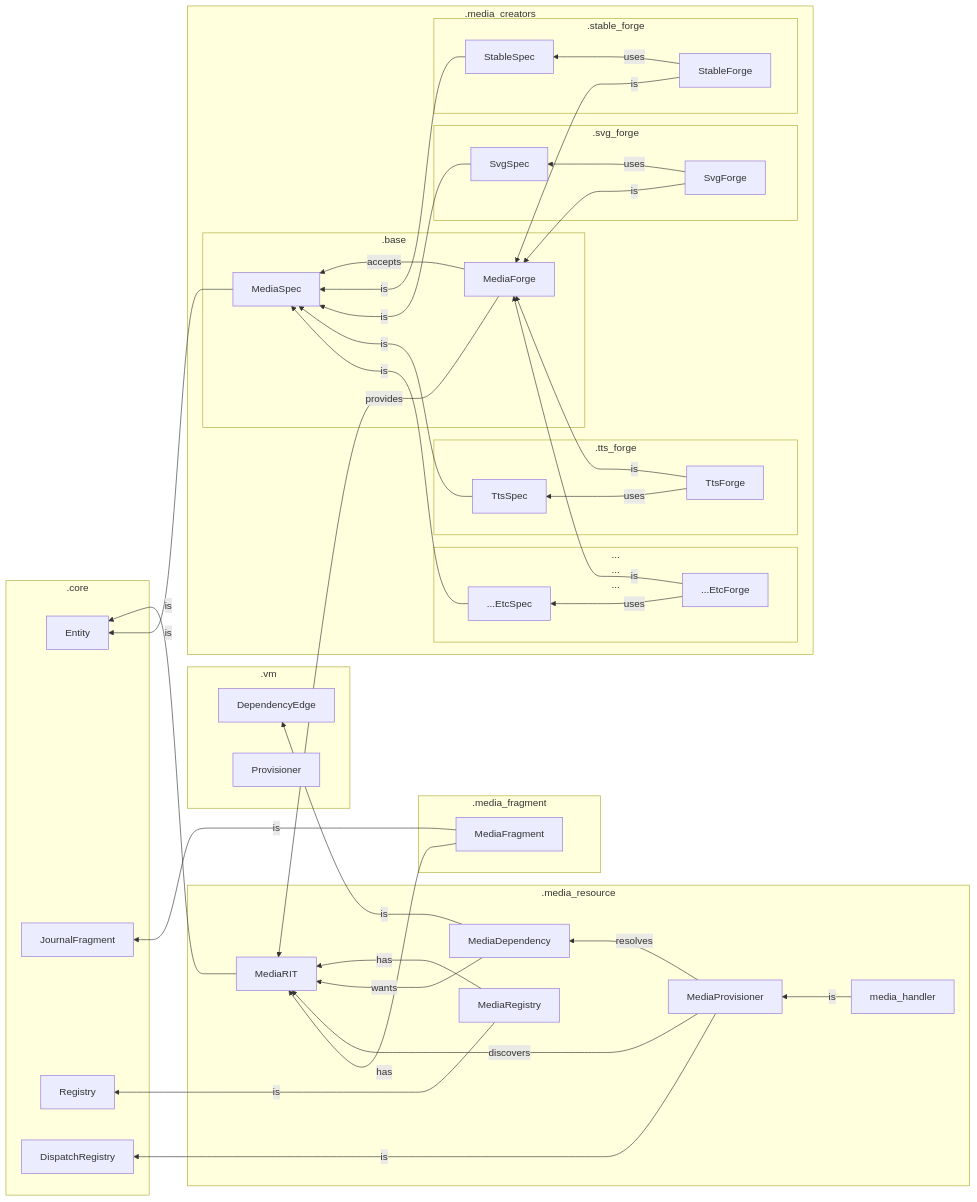
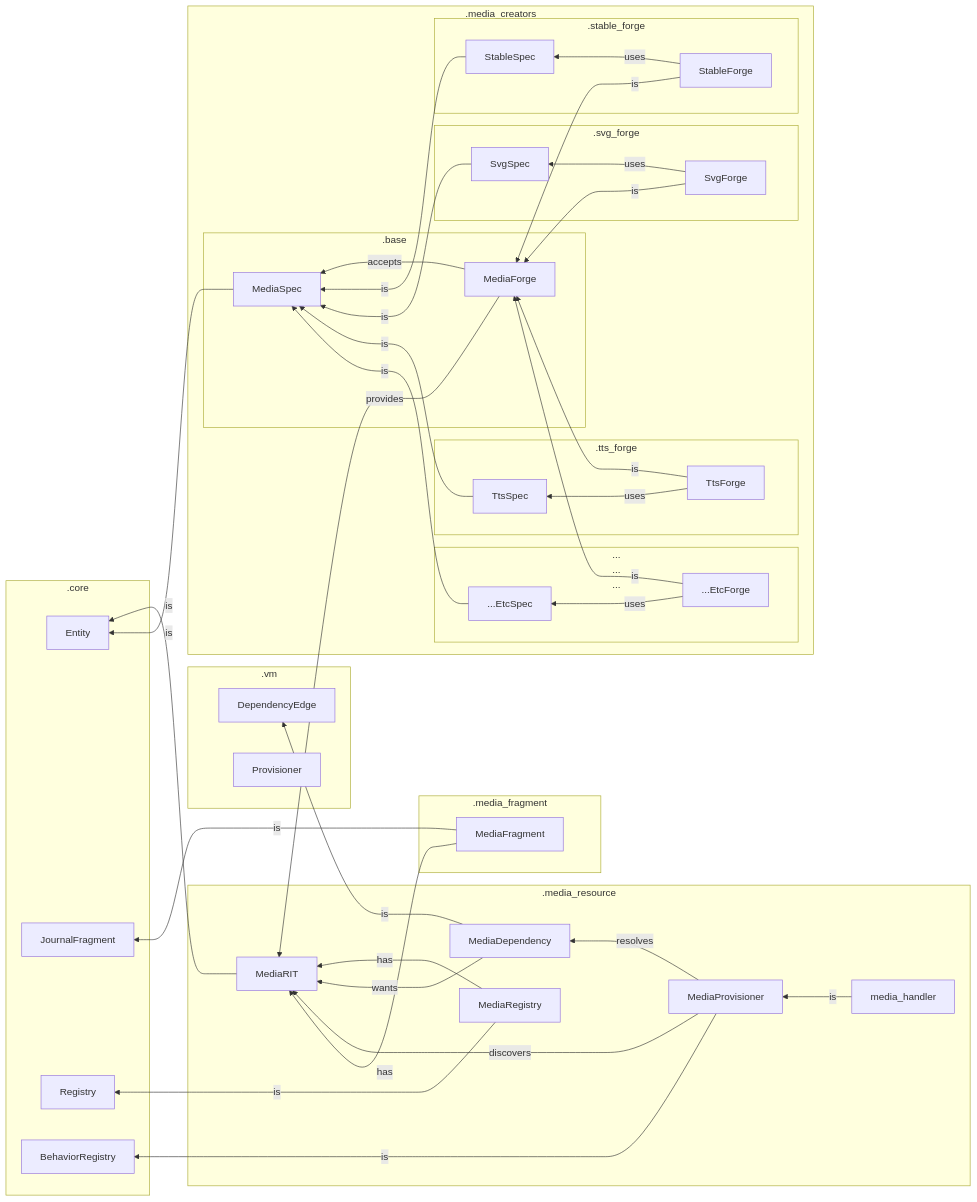
Before and after one commit to derekmerck/storytangl: the diagram in engine/src/tangl/media/notes.md, drawn with Mermaid. The commit also changed 29 other files, not shown here.

Commit message:
migrated to dispatch 37.2 Behavior/Behavior Registry

````diff
--- a/engine/src/tangl/media/notes.md
+++ b/engine/src/tangl/media/notes.md
@@ -31,61 +31,61 @@
 ```mermaid
 flowchart RL
     
     subgraph .core
         Entity
         JournalFragment
         Registry
-        DispatchRegistry
+        BehaviorRegistry
     end
     
     subgraph .vm
         DependencyEdge
         Provisioner
     end
  
     subgraph .media_resource
         MediaRIT -- is --> Entity
         MediaRegistry -- is --> Registry
         MediaRegistry -- has --> MediaRIT
         MediaDependency -- is --> DependencyEdge
         MediaDependency -- wants --> MediaRIT
-        MediaProvisioner -- is --> DispatchRegistry
+        MediaProvisioner -- is --> BehaviorRegistry
         MediaProvisioner -- discovers --> MediaRIT
         MediaProvisioner -- resolves --> MediaDependency
         media_handler -- is --> MediaProvisioner
     end
     
     subgraph .media_creators
         subgraph .base
             MediaSpec -- is --> Entity
             MediaForge -- accepts --> MediaSpec
             MediaForge -- provides --> MediaRIT
         end
         subgraph .stable_forge
             StableForge -- is --> MediaForge
             StableSpec -- is --> MediaSpec
             StableForge -- uses --> StableSpec
         end
         subgraph .svg_forge
             SvgForge -- is --> MediaForge
             SvgSpec -- is --> MediaSpec
             SvgForge -- uses --> SvgSpec
         end
         subgraph .tts_forge
             TtsForge -- is --> MediaForge
             TtsSpec -- is --> MediaSpec
             TtsForge -- uses --> TtsSpec
         end
         subgraph ...\n...\n...
             ...EtcForge -- is --> MediaForge
             ...EtcSpec -- is --> MediaSpec
             ...EtcForge -- uses --> ...EtcSpec
         end
     end
 
     subgraph .media_fragment 
         MediaFragment -- is --> JournalFragment
         MediaFragment -- has --> MediaRIT     
     end
     
 ```
````
